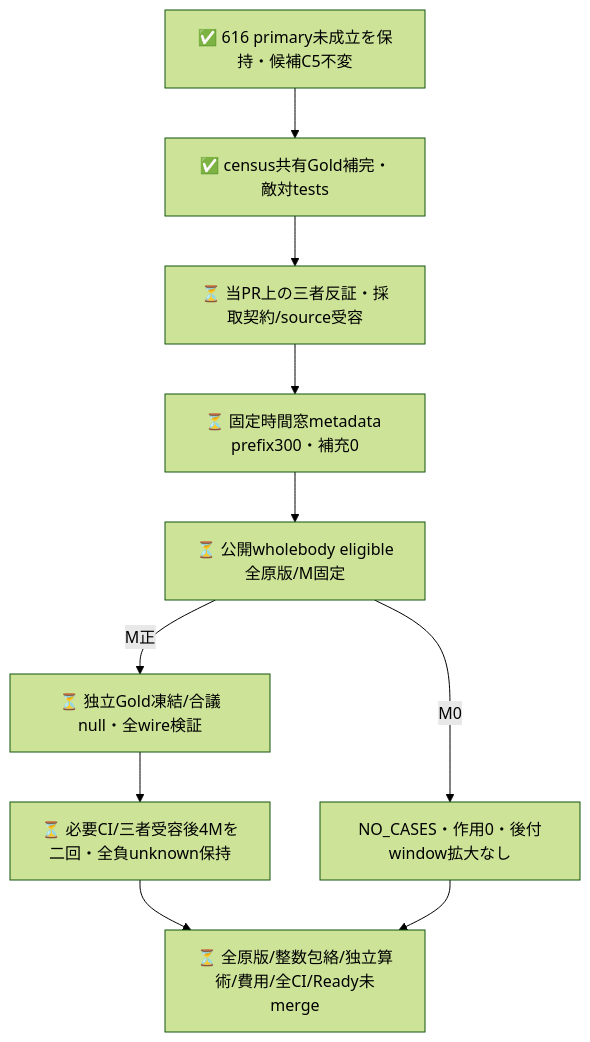
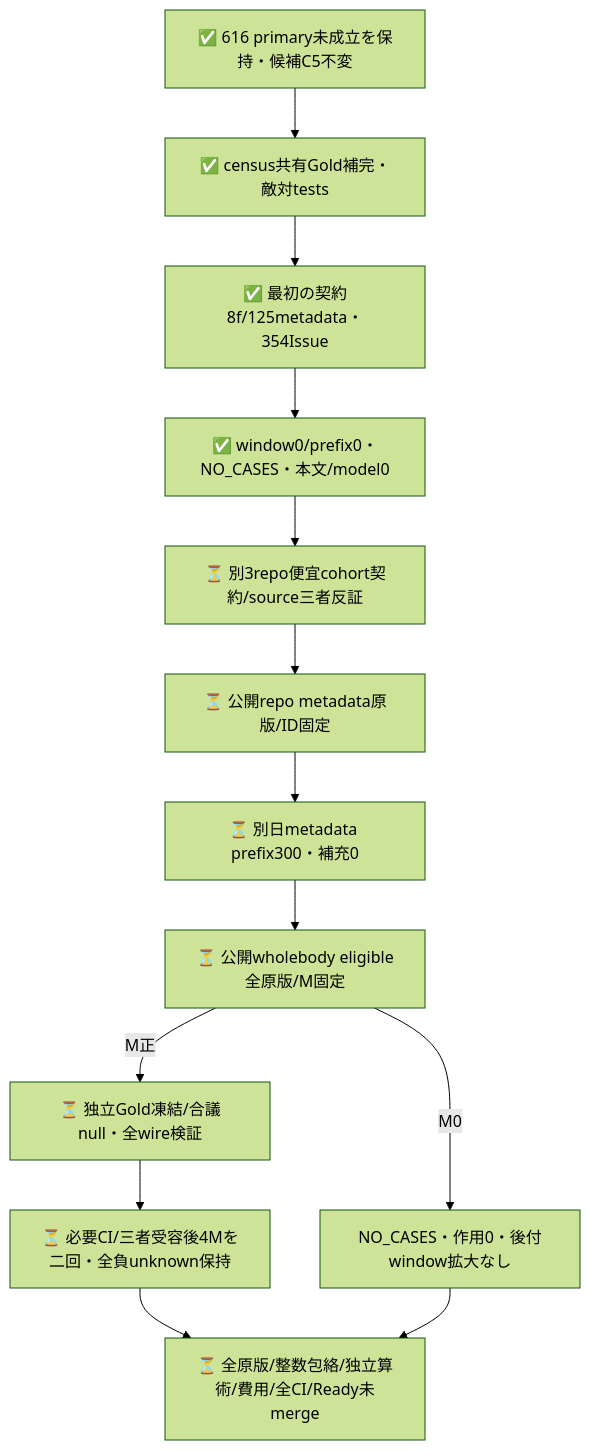
Before and after one commit to roccho-org/ops: the second of 2 diagrams in experiments/sys1-eval-loop/census/README.md, drawn with Mermaid (forest theme). The commit also changed other lines of this file and 6 other files, not shown here.

Commit message:
Retain zero-case window and define external census scope

````diff
--- a/experiments/sys1-eval-loop/census/README.md
+++ b/experiments/sys1-eval-loop/census/README.md
@@ -43,12 +53,15 @@
 ```mermaid
 flowchart TB
   OLD[✅ 616 primary未成立を保持・候補C5不変] --> MATH[✅ census共有Gold補完・敵対tests]
-  MATH --> REVIEW[⏳ 当PR上の三者反証・採取契約/source受容]
-  REVIEW --> META[⏳ 固定時間窓metadata prefix300・補充0]
+  MATH --> FIRST[✅ 最初の契約8f/125metadata・354Issue]
+  FIRST --> ZERO[✅ window0/prefix0・NO_CASES・本文/model0]
+  ZERO --> REVIEW[⏳ 別3repo便宜cohort契約/source三者反証]
+  REVIEW --> SCOPE[⏳ 公開repo metadata原版/ID固定]
+  SCOPE --> META[⏳ 別日metadata prefix300・補充0]
   META --> FRAME[⏳ 公開wholebody eligible全原版/M固定]
   FRAME -->|M0| EMPTY[NO_CASES・作用0・後付window拡大なし]
   FRAME -->|M正| GOLD[⏳ 独立Gold凍結/合議null・全wire検証]
   GOLD --> EFFECT[⏳ 必要CI/三者受容後4Mを二回・全負unknown保持]
   EFFECT --> END[⏳ 全原版/整数包絡/独立算術/費用/全CI/Ready未merge]
   EMPTY --> END
 ```
````
